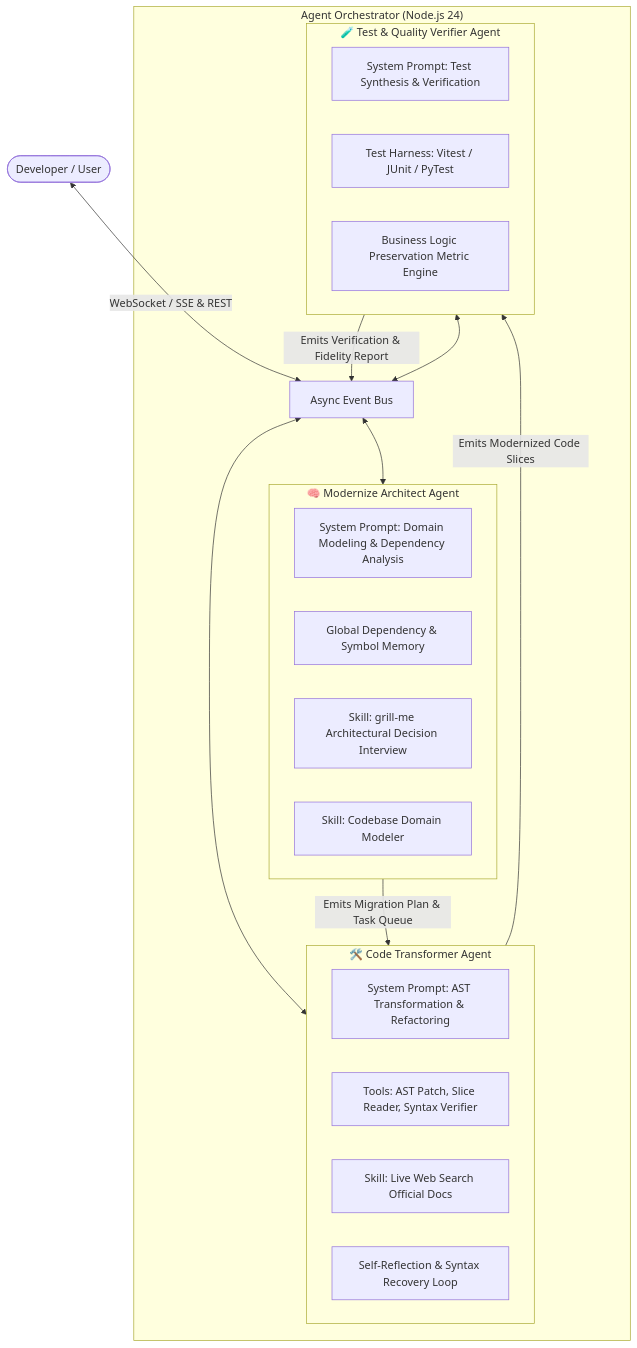
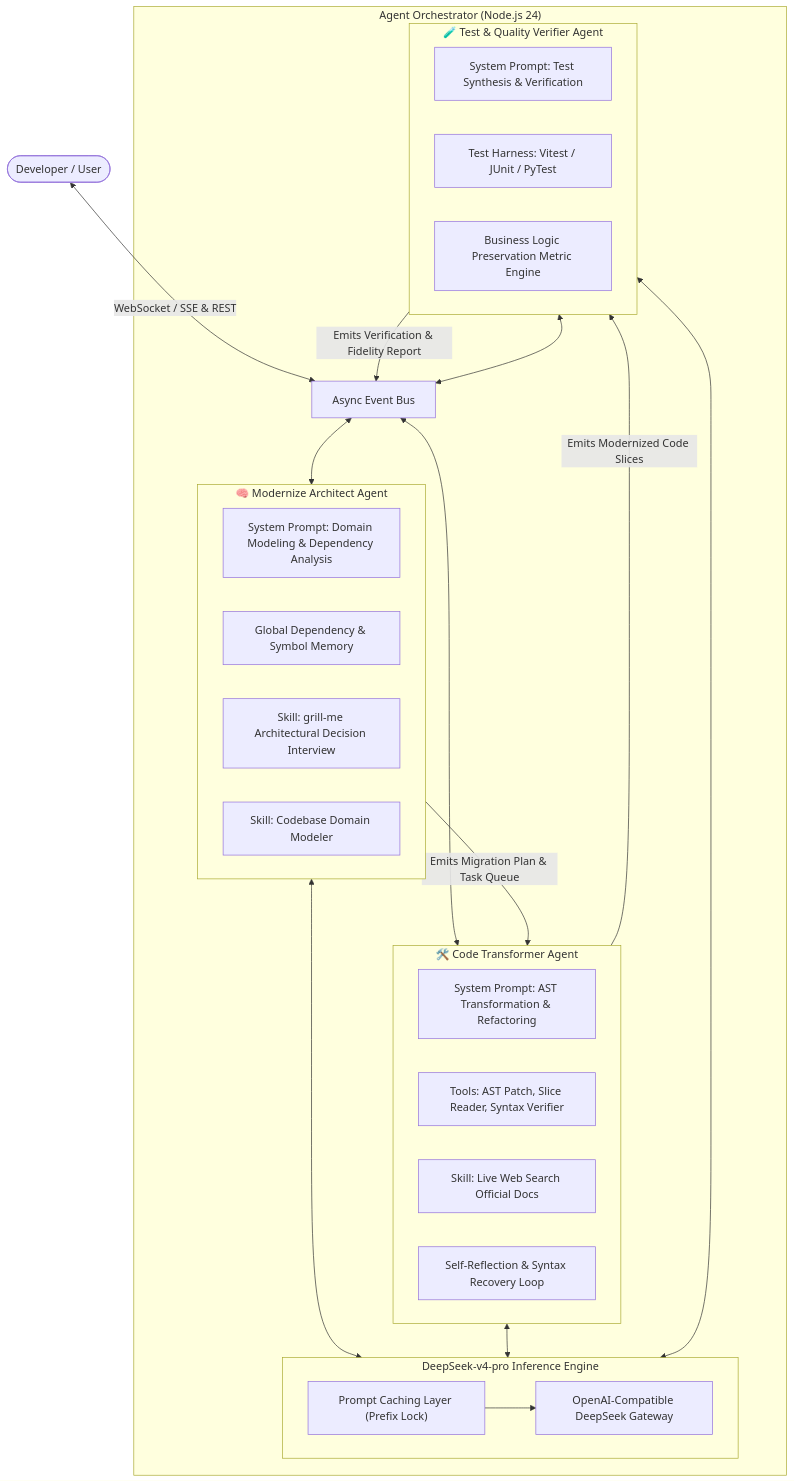
One commit to SakuraCianna/LegacyCodeModernizer changed the first of 3 diagrams in docs/agent-orchestration.md. Above: the diagram before and after it, drawn with Mermaid. The commit also changed other lines of this file and 5 other files, not shown here.

Commit message:
docs: 增补 DeepSeek-v4-pro 大模型推理参数矩阵与 Prompt Caching 前缀锁定架构

````diff
--- a/docs/agent-orchestration.md
+++ b/docs/agent-orchestration.md
@@ -13,37 +13,47 @@
 ```mermaid
 graph TD
     User(["Developer / User"])
 
     subgraph Orchestration ["Agent Orchestrator (Node.js 24)"]
         EventBus["Async Event Bus"]
 
         subgraph ArchAgent ["🧠 Modernize Architect Agent"]
             A_Prompt["System Prompt: Domain Modeling & Dependency Analysis"]
             A_Memory["Global Dependency & Symbol Memory"]
             A_Skill1["Skill: grill-me Architectural Decision Interview"]
             A_Skill2["Skill: Codebase Domain Modeler"]
         end
 
         subgraph TransAgent ["🛠️ Code Transformer Agent"]
             T_Prompt["System Prompt: AST Transformation & Refactoring"]
             T_Tools["Tools: AST Patch, Slice Reader, Syntax Verifier"]
             T_Skill3["Skill: Live Web Search Official Docs"]
             T_Reflection["Self-Reflection & Syntax Recovery Loop"]
         end
 
         subgraph TestAgent ["🧪 Test & Quality Verifier Agent"]
             Q_Prompt["System Prompt: Test Synthesis & Verification"]
             Q_Harness["Test Harness: Vitest / JUnit / PyTest"]
             Q_Scorer["Business Logic Preservation Metric Engine"]
         end
+
+        subgraph LLM_Engine ["DeepSeek-v4-pro Inference Engine"]
+            Cache["Prompt Caching Layer (Prefix Lock)"]
+            Client["OpenAI-Compatible DeepSeek Gateway"]
+            Cache --> Client
+        end
     end
 
     User <-->|WebSocket / SSE & REST| EventBus
     EventBus <--> ArchAgent
     EventBus <--> TransAgent
     EventBus <--> TestAgent
 
     ArchAgent -->|Emits Migration Plan & Task Queue| TransAgent
     TransAgent -->|Emits Modernized Code Slices| TestAgent
     TestAgent -->|Emits Verification & Fidelity Report| EventBus
+
+    ArchAgent <--> LLM_Engine
+    TransAgent <--> LLM_Engine
+    TestAgent <--> LLM_Engine
 ```
````
